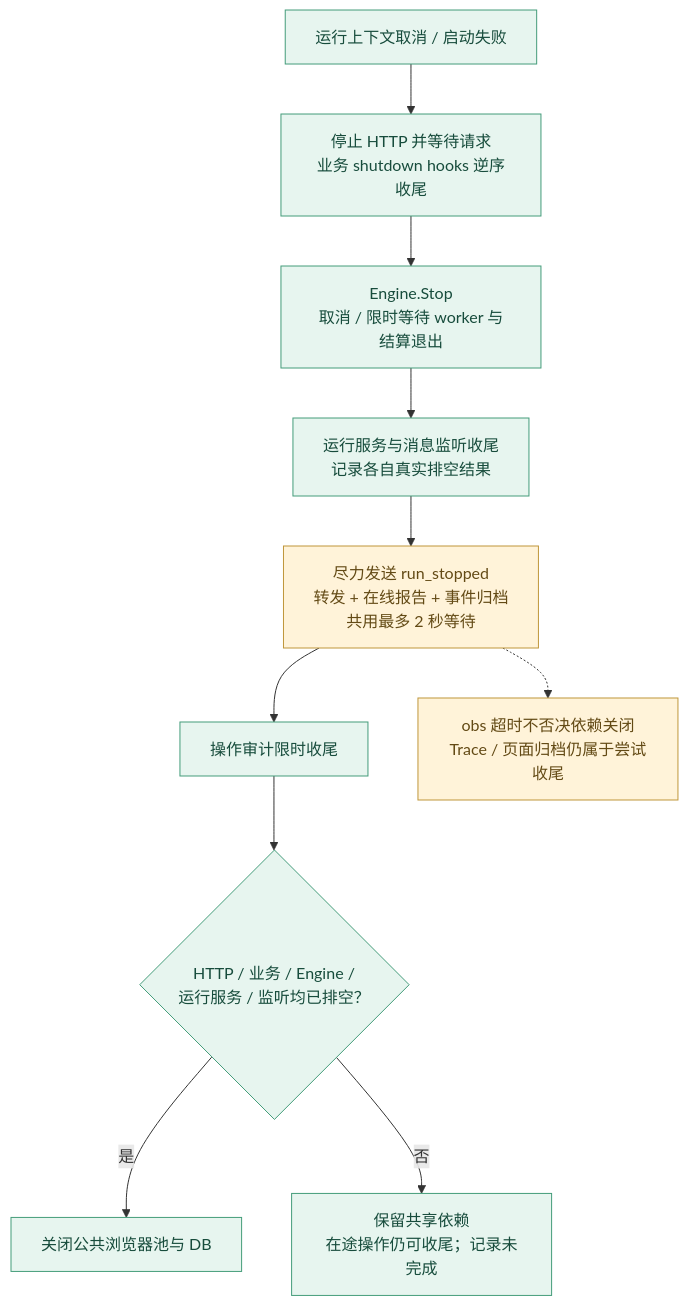
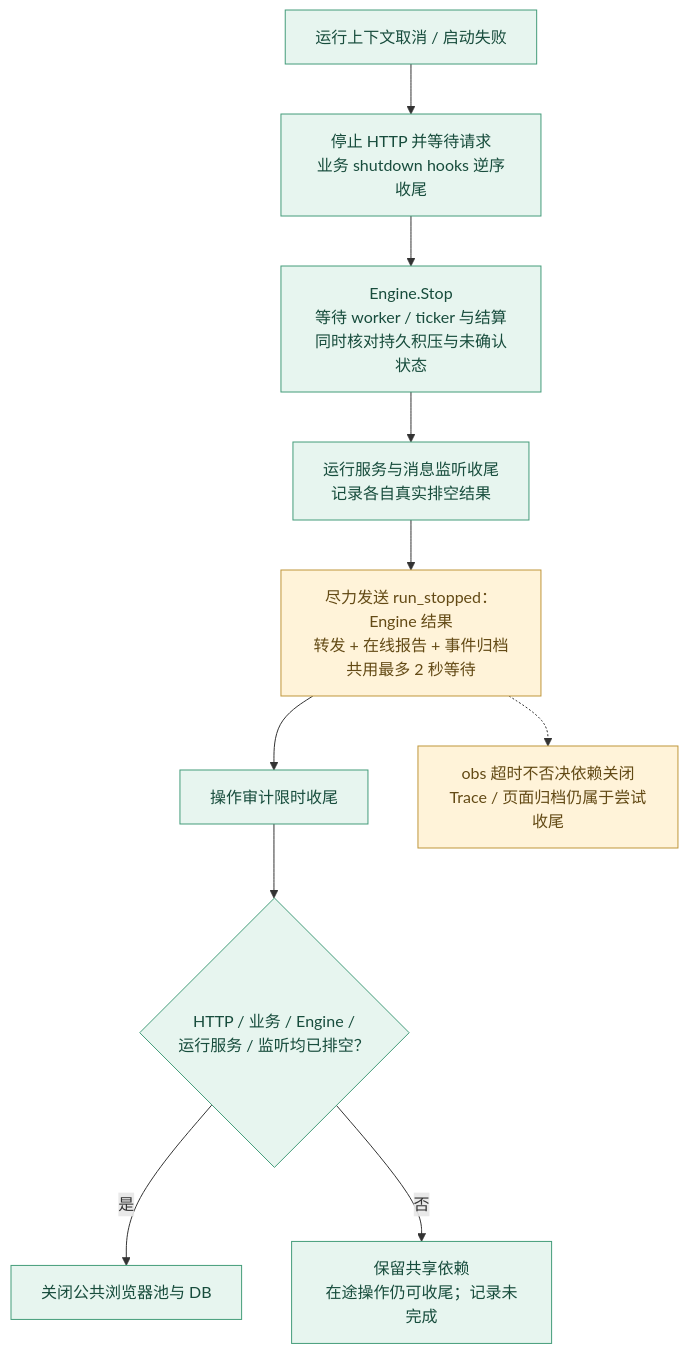
The diagram in docs/assets/diagrams/06-lifecycle.mmd (ydtg1993/papa), drawn with Mermaid before and after one commit. The commit also changed 16 other files, not shown here.

```diff
--- a/docs/assets/diagrams/06-lifecycle.mmd
+++ b/docs/assets/diagrams/06-lifecycle.mmd
@@ -1,14 +1,14 @@
 flowchart TB
     A["运行上下文取消 / 启动失败"] --> B["停止 HTTP 并等待请求<br/>业务 shutdown hooks 逆序收尾"]
-    B --> C["Engine.Stop<br/>取消 / 限时等待 worker 与结算退出"]
+    B --> C["Engine.Stop<br/>等待 worker / ticker 与结算<br/>同时核对持久积压与未确认状态"]
     C --> D["运行服务与消息监听收尾<br/>记录各自真实排空结果"]
-    D --> E["尽力发送 run_stopped<br/>转发 + 在线报告 + 事件归档<br/>共用最多 2 秒等待"]
+    D --> E["尽力发送 run_stopped：Engine 结果<br/>转发 + 在线报告 + 事件归档<br/>共用最多 2 秒等待"]
     E --> F["操作审计限时收尾"]
     F --> G{"HTTP / 业务 / Engine /<br/>运行服务 / 监听均已排空？"}
     G -->|是| H["关闭公共浏览器池与 DB"]
     G -->|否| I["保留共享依赖<br/>在途操作仍可收尾；记录未完成"]
     E -.-> N["obs 超时不否决依赖关闭<br/>Trace / 页面归档仍属于尝试收尾"]
     classDef runtime fill:#e7f5ef,color:#174c3c,stroke:#449c7a;
     classDef observe fill:#fff3d9,color:#634a15,stroke:#bf963b;
     class A,B,C,D,F,G,H,I runtime;
     class E,N observe;
```
